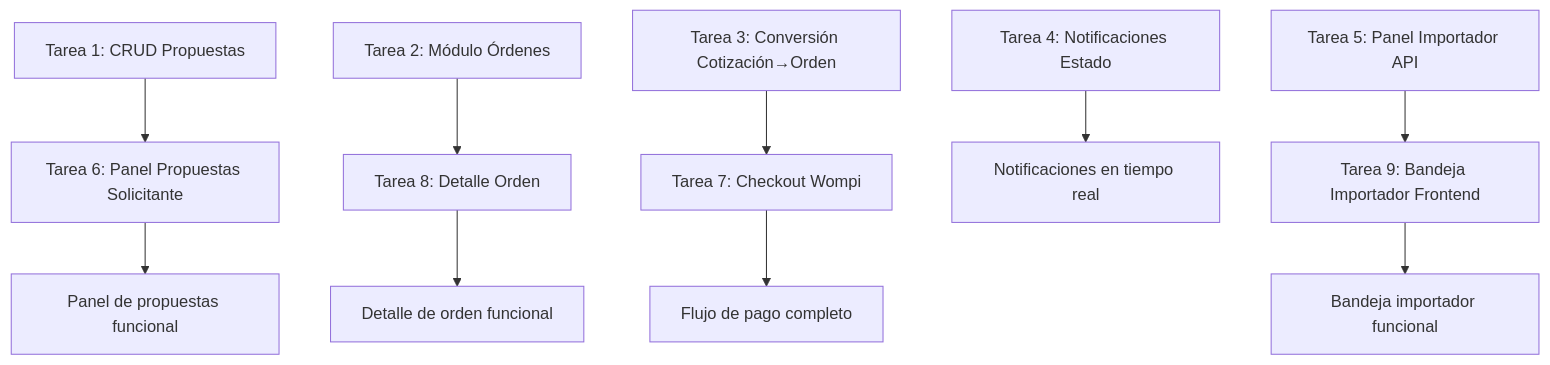
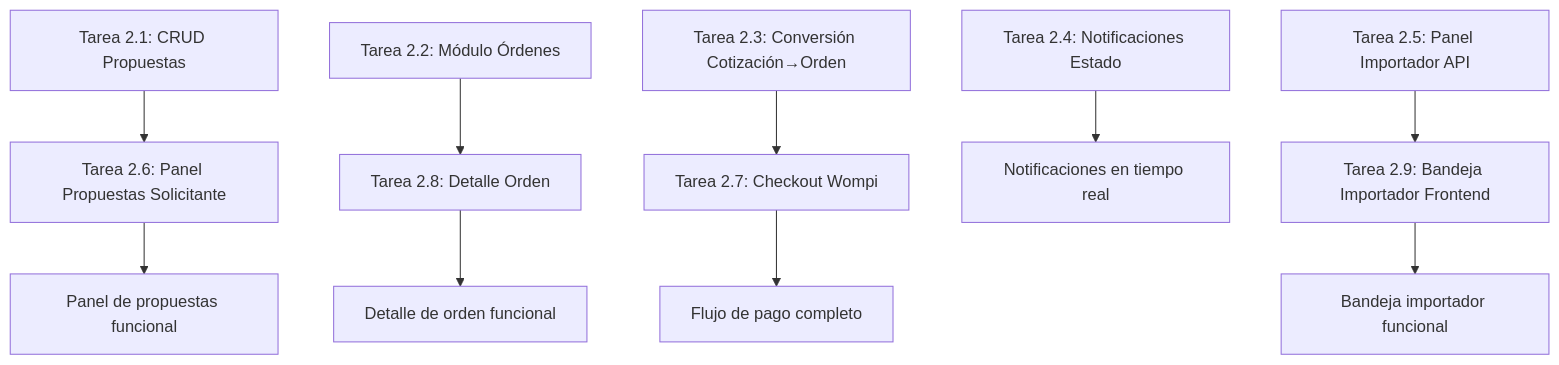
The diagram in ImportacionesQ8V/Fases-Desarrollo/Semana-2-Red-y-Ordenes/Tareas-Semana-2.md (JuanEstebanAstaiza/ImportacionesQ8), drawn with Mermaid before and after one commit. The commit also changed other lines of this file and 3 other files, not shown here.

````diff
--- a/ImportacionesQ8V/Fases-Desarrollo/Semana-2-Red-y-Ordenes/Tareas-Semana-2.md
+++ b/ImportacionesQ8V/Fases-Desarrollo/Semana-2-Red-y-Ordenes/Tareas-Semana-2.md
@@ -205,14 +850,14 @@
 ```mermaid
 graph TD
-    A[Tarea 1: CRUD Propuestas] --> B[Tarea 6: Panel Propuestas Solicitante]
-    C[Tarea 2: Módulo Órdenes] --> D[Tarea 8: Detalle Orden]
+    A[Tarea 2.1: CRUD Propuestas] --> B[Tarea 2.6: Panel Propuestas Solicitante]
+    C[Tarea 2.2: Módulo Órdenes] --> D[Tarea 2.8: Detalle Orden]
     
-    E[Tarea 3: Conversión Cotización→Orden] --> F[Tarea 7: Checkout Wompi]
-    G[Tarea 4: Notificaciones Estado] --> H[Notificaciones en tiempo real]
+    E[Tarea 2.3: Conversión Cotización→Orden] --> F[Tarea 2.7: Checkout Wompi]
+    G[Tarea 2.4: Notificaciones Estado] --> H[Notificaciones en tiempo real]
     
-    I[Tarea 5: Panel Importador API] --> J[Tarea 9: Bandeja Importador Frontend]
+    I[Tarea 2.5: Panel Importador API] --> J[Tarea 2.9: Bandeja Importador Frontend]
     B --> K[Panel de propuestas funcional]
     D --> L[Detalle de orden funcional]
     F --> M[Flujo de pago completo]
     J --> N[Bandeja importador funcional]
 ```
````
